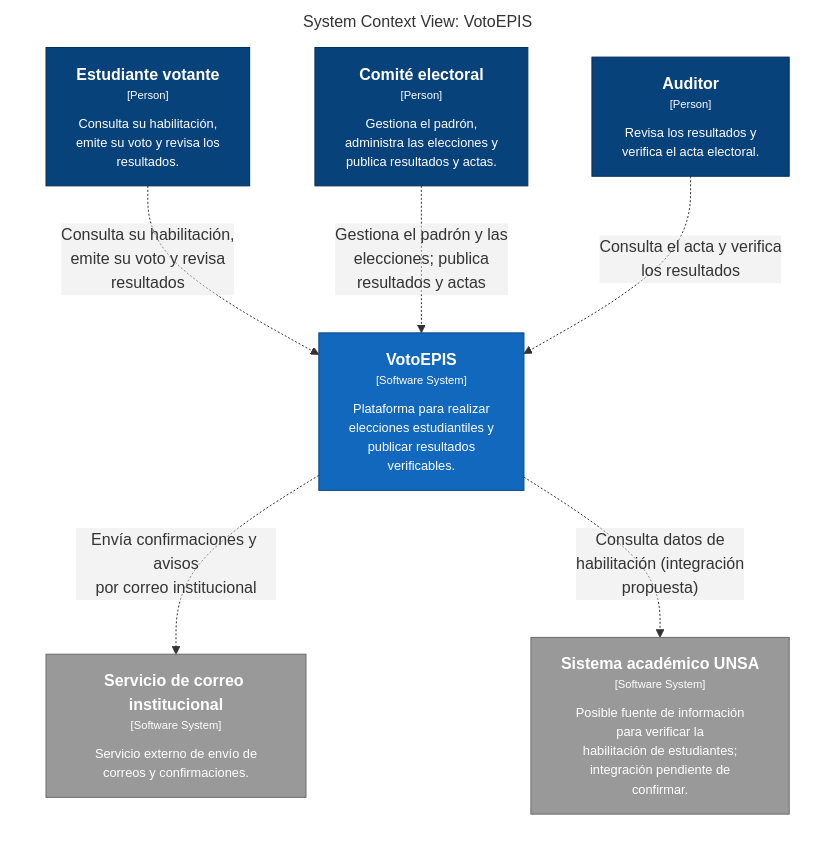
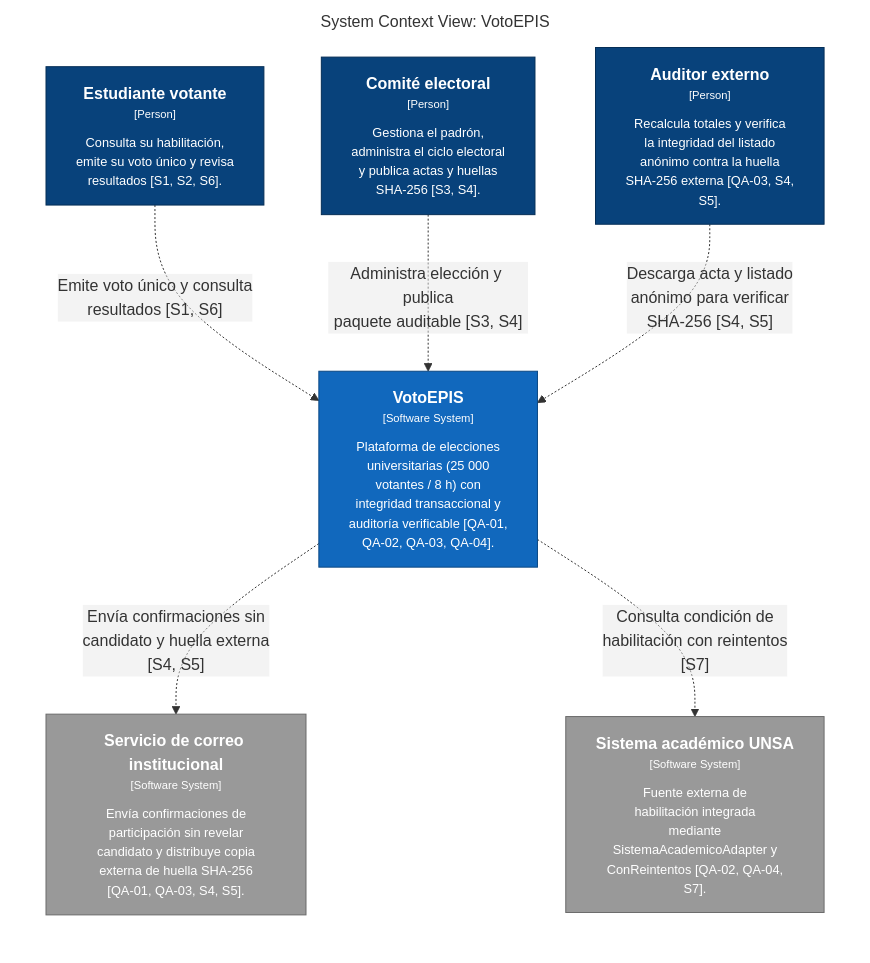
One commit to JoseMorocco/cs-2026b-lab04-grupo-b-votoepis changed the diagram in docs/architecture/c4/export/structurizr-Contexto.mmd. Above: the diagram before and after it, drawn with Mermaid. The commit also changed 23 other files, not shown here.

```diff
--- a/docs/architecture/c4/export/structurizr-Contexto.mmd
+++ b/docs/architecture/c4/export/structurizr-Contexto.mmd
@@ -1,26 +1,26 @@
 graph LR
   linkStyle default fill:#ffffff
 
   subgraph diagram ["System Context View: VotoEPIS"]
     style diagram fill:#ffffff,stroke:#ffffff
 
-    1["<div style='font-weight: bold'>Estudiante votante</div><div style='font-size: 70%; margin-top: 0px'>[Person]</div><div style='font-size: 80%; margin-top:10px'>Consulta su habilitación,<br />emite su voto y revisa los<br />resultados.</div>"]
+    1["<div style='font-weight: bold'>Estudiante votante</div><div style='font-size: 70%; margin-top: 0px'>[Person]</div><div style='font-size: 80%; margin-top:10px'>Consulta su habilitación,<br />emite su voto único y revisa<br />resultados [S1, S2, S6].</div>"]
     style 1 fill:#08427b,stroke:#052e56,color:#ffffff
-    13["<div style='font-weight: bold'>Servicio de correo institucional</div><div style='font-size: 70%; margin-top: 0px'>[Software System]</div><div style='font-size: 80%; margin-top:10px'>Servicio externo de envío de<br />correos y confirmaciones.</div>"]
+    13["<div style='font-weight: bold'>Servicio de correo institucional</div><div style='font-size: 70%; margin-top: 0px'>[Software System]</div><div style='font-size: 80%; margin-top:10px'>Envía confirmaciones de<br />participación sin revelar<br />candidato y distribuye copia<br />externa de huella SHA-256<br />[QA-01, QA-03, S4, S5].</div>"]
     style 13 fill:#999999,stroke:#6b6b6b,color:#ffffff
-    14["<div style='font-weight: bold'>Sistema académico UNSA</div><div style='font-size: 70%; margin-top: 0px'>[Software System]</div><div style='font-size: 80%; margin-top:10px'>Posible fuente de información<br />para verificar la<br />habilitación de estudiantes;<br />integración pendiente de<br />confirmar.</div>"]
+    14["<div style='font-weight: bold'>Sistema académico UNSA</div><div style='font-size: 70%; margin-top: 0px'>[Software System]</div><div style='font-size: 80%; margin-top:10px'>Fuente externa de<br />habilitación integrada<br />mediante<br />SistemaAcademicoAdapter y<br />ConReintentos [QA-02, QA-04,<br />S7].</div>"]
     style 14 fill:#999999,stroke:#6b6b6b,color:#ffffff
-    2["<div style='font-weight: bold'>Comité electoral</div><div style='font-size: 70%; margin-top: 0px'>[Person]</div><div style='font-size: 80%; margin-top:10px'>Gestiona el padrón,<br />administra las elecciones y<br />publica resultados y actas.</div>"]
+    2["<div style='font-weight: bold'>Comité electoral</div><div style='font-size: 70%; margin-top: 0px'>[Person]</div><div style='font-size: 80%; margin-top:10px'>Gestiona el padrón,<br />administra el ciclo electoral<br />y publica actas y huellas<br />SHA-256 [S3, S4].</div>"]
     style 2 fill:#08427b,stroke:#052e56,color:#ffffff
-    3["<div style='font-weight: bold'>Auditor</div><div style='font-size: 70%; margin-top: 0px'>[Person]</div><div style='font-size: 80%; margin-top:10px'>Revisa los resultados y<br />verifica el acta electoral.</div>"]
+    3["<div style='font-weight: bold'>Auditor externo</div><div style='font-size: 70%; margin-top: 0px'>[Person]</div><div style='font-size: 80%; margin-top:10px'>Recalcula totales y verifica<br />la integridad del listado<br />anónimo contra la huella<br />SHA-256 externa [QA-03, S4,<br />S5].</div>"]
     style 3 fill:#08427b,stroke:#052e56,color:#ffffff
-    4["<div style='font-weight: bold'>VotoEPIS</div><div style='font-size: 70%; margin-top: 0px'>[Software System]</div><div style='font-size: 80%; margin-top:10px'>Plataforma para realizar<br />elecciones estudiantiles y<br />publicar resultados<br />verificables.</div>"]
+    4["<div style='font-weight: bold'>VotoEPIS</div><div style='font-size: 70%; margin-top: 0px'>[Software System]</div><div style='font-size: 80%; margin-top:10px'>Plataforma de elecciones<br />universitarias (25 000<br />votantes / 8 h) con<br />integridad transaccional y<br />auditoría verificable [QA-01,<br />QA-02, QA-03, QA-04].</div>"]
     style 4 fill:#1168bd,stroke:#0b4884,color:#ffffff
 
-    1-. "<div>Consulta su habilitación,<br />emite su voto y revisa<br />resultados</div><div style='font-size: 70%'></div>" .->4
-    2-. "<div>Gestiona el padrón y las<br />elecciones; publica<br />resultados y actas</div><div style='font-size: 70%'></div>" .->4
-    3-. "<div>Consulta el acta y verifica<br />los resultados</div><div style='font-size: 70%'></div>" .->4
-    4-. "<div>Envía confirmaciones y avisos<br />por correo institucional</div><div style='font-size: 70%'></div>" .->13
-    4-. "<div>Consulta datos de<br />habilitación (integración<br />propuesta)</div><div style='font-size: 70%'></div>" .->14
+    1-. "<div>Emite voto único y consulta<br />resultados [S1, S6]</div><div style='font-size: 70%'></div>" .->4
+    2-. "<div>Administra elección y publica<br />paquete auditable [S3, S4]</div><div style='font-size: 70%'></div>" .->4
+    3-. "<div>Descarga acta y listado<br />anónimo para verificar<br />SHA-256 [S4, S5]</div><div style='font-size: 70%'></div>" .->4
+    4-. "<div>Envía confirmaciones sin<br />candidato y huella externa<br />[S4, S5]</div><div style='font-size: 70%'></div>" .->13
+    4-. "<div>Consulta condición de<br />habilitación con reintentos<br />[S7]</div><div style='font-size: 70%'></div>" .->14
 
   end
```
